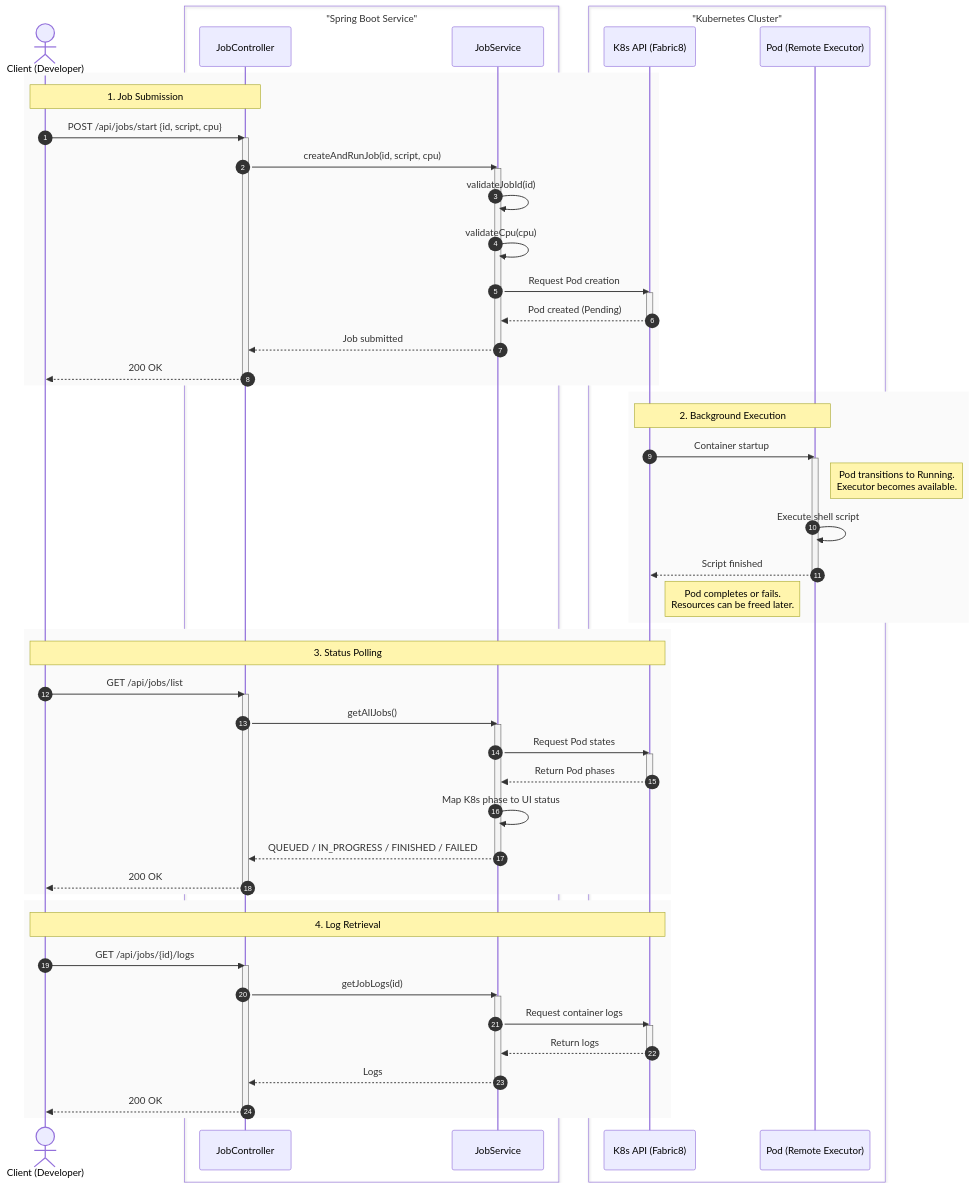
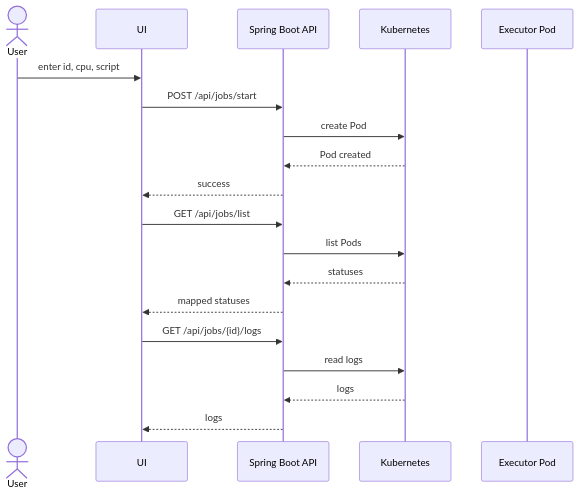
The diagram in README.md (JinTonikCZ/TeamCity-Cloud-Remote-Shell-Executor), drawn with Mermaid before and after one commit.

````diff
--- a/README.md
+++ b/README.md
@@ -46,78 +46,24 @@
 ```mermaid
 sequenceDiagram
-    autonumber
-    actor User as Client (Developer)
+    actor User
+    participant UI
+    participant API as Spring Boot API
+    participant K8s as Kubernetes
+    participant Pod as Executor Pod
 
-    box "Spring Boot Service" #fffdee
-        participant API as JobController
-        participant Service as JobService
-    end
+    User->>UI: enter id, cpu, script
+    UI->>API: POST /api/jobs/start
+    API->>K8s: create Pod
+    K8s-->>API: Pod created
+    API-->>UI: success
 
-    box "Kubernetes Cluster" #eef7ff
-        participant K8s as K8s API (Fabric8)
-        participant Pod as Pod (Remote Executor)
-    end
+    UI->>API: GET /api/jobs/list
+    API->>K8s: list Pods
+    K8s-->>API: statuses
+    API-->>UI: mapped statuses
 
-    rect rgb(250, 250, 250)
-        Note over User, API: 1. Job Submission
-        User->>API: POST /api/jobs/start {id, script, cpu}
-        activate API
-        API->>Service: createAndRunJob(id, script, cpu)
-        activate Service
-        Service->>Service: validateJobId(id)
-        Service->>Service: validateCpu(cpu)
-        Service->>K8s: Request Pod creation
-        activate K8s
-        K8s-->>Service: Pod created (Pending)
-        deactivate K8s
-        Service-->>API: Job submitted
-        deactivate Service
-        API-->>User: 200 OK
-        deactivate API
-    end
-
-    rect rgb(250, 250, 250)
-        Note over K8s, Pod: 2. Background Execution
-        K8s->>Pod: Container startup
-        activate Pod
-        Note right of Pod: Pod transitions to Running.<br/>Executor becomes available.
-        Pod->>Pod: Execute shell script
-        Pod-->>K8s: Script finished
-        deactivate Pod
-        Note right of K8s: Pod completes or fails.<br/>Resources can be freed later.
-    end
-
-    rect rgb(250, 250, 250)
-        Note over User, K8s: 3. Status Polling
-        User->>API: GET /api/jobs/list
-        activate API
-        API->>Service: getAllJobs()
-        activate Service
-        Service->>K8s: Request Pod states
-        activate K8s
-        K8s-->>Service: Return Pod phases
-        deactivate K8s
-        Service->>Service: Map K8s phase to UI status
-        Service-->>API: QUEUED / IN_PROGRESS / FINISHED / FAILED
-        deactivate Service
-        API-->>User: 200 OK
-        deactivate API
-    end
-
-    rect rgb(250, 250, 250)
-        Note over User, K8s: 4. Log Retrieval
-        User->>API: GET /api/jobs/{id}/logs
-        activate API
-        API->>Service: getJobLogs(id)
-        activate Service
-        Service->>K8s: Request container logs
-        activate K8s
-        K8s-->>Service: Return logs
-        deactivate K8s
-        Service-->>API: Logs
-        deactivate Service
-        API-->>User: 200 OK
-        deactivate API
-    end
-
+    UI->>API: GET /api/jobs/{id}/logs
+    API->>K8s: read logs
+    K8s-->>API: logs
+    API-->>UI: logs
 ```
````
